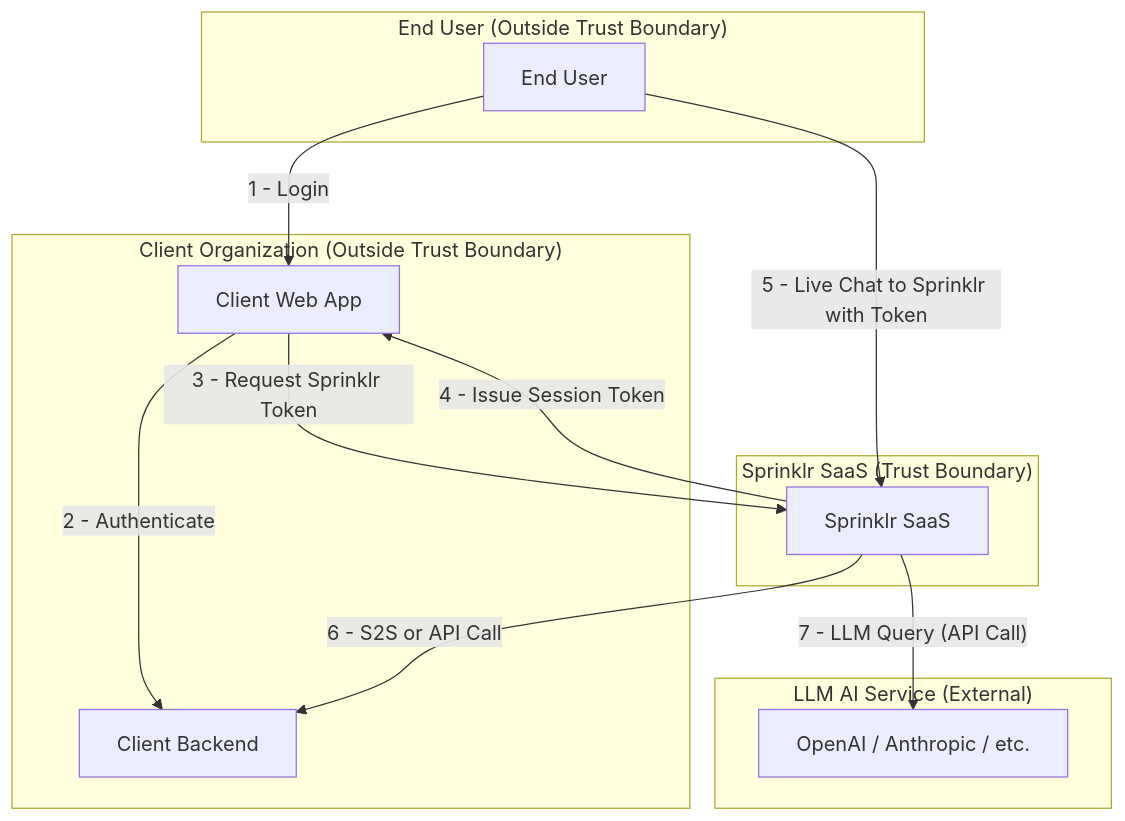
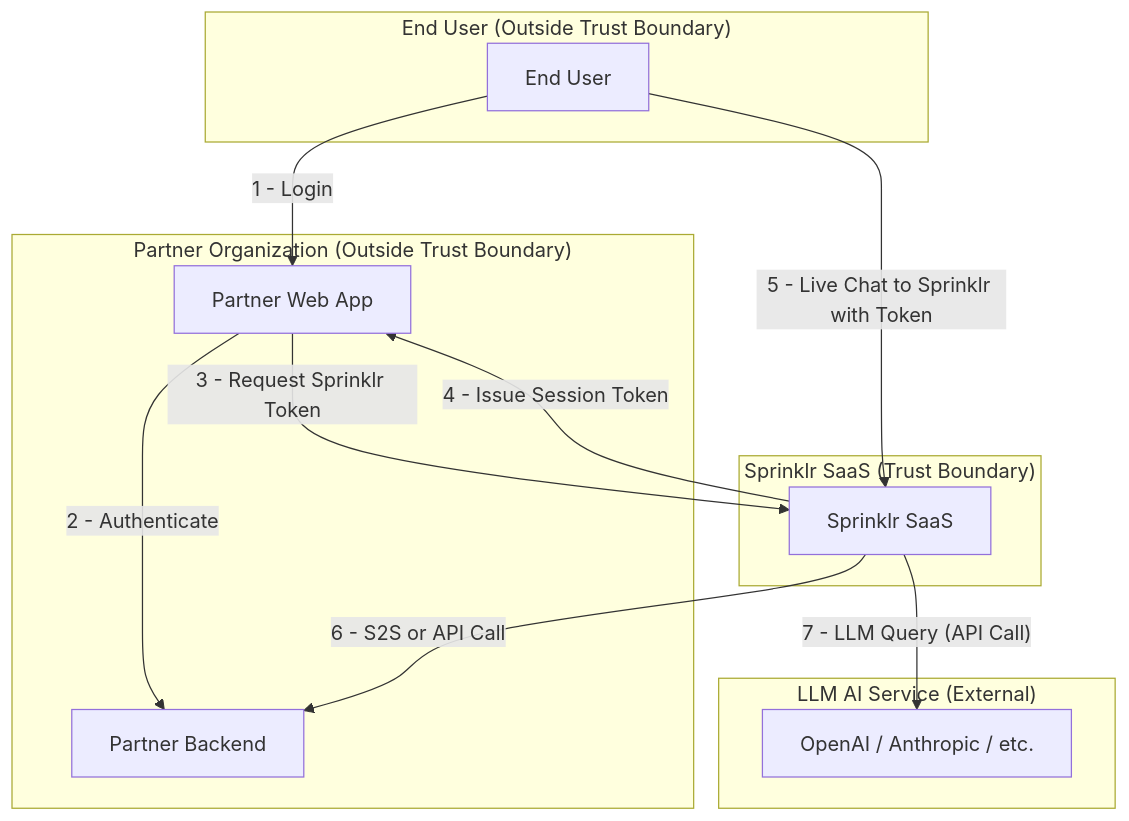
Before and after one commit to studiogangster/task-threat-model-realtime-livechat: the first of 3 diagrams in threat-model/architecture.md, drawn with Mermaid. The commit also changed other lines of this file and 4 other files, not shown here.

````diff
--- a/threat-model/architecture.md
+++ b/threat-model/architecture.md
@@ -7,27 +7,27 @@
 ```mermaid
 flowchart TD
   subgraph EndUser["End User (Outside Trust Boundary)"]
     EU["End User"]
   end
 
-  subgraph ClientOrg["Client Organization (Outside Trust Boundary)"]
-    CWA["Client Web App"]
-    CB["Client Backend"]
+  subgraph PartnerOrg["Partner Organization (Outside Trust Boundary)"]
+    PWA["Partner Web App"]
+    PB["Partner Backend"]
   end
 
   subgraph SprinklrSaaS["Sprinklr SaaS (Trust Boundary)"]
     SLC["Sprinklr SaaS"]
   end
 
   subgraph LLMExt["LLM AI Service (External)"]
     LLMAPI["OpenAI / Anthropic / etc."]
   end
 
-  EU -- "1 - Login" --> CWA
-  CWA -- "2 - Authenticate" --> CB
-  CWA -- "3 - Request Sprinklr Token" --> SLC
-  SLC -- "4 - Issue Session Token" --> CWA
+  EU -- "1 - Login" --> PWA
+  PWA -- "2 - Authenticate" --> PB
+  PWA -- "3 - Request Sprinklr Token" --> SLC
+  SLC -- "4 - Issue Session Token" --> PWA
   EU -- "5 - Live Chat to Sprinklr with Token" --> SLC
-  SLC -- "6 - S2S or API Call" --> CB
+  SLC -- "6 - S2S or API Call" --> PB
   SLC -- "7 - LLM Query (API Call)" --> LLMAPI
 ```
````
